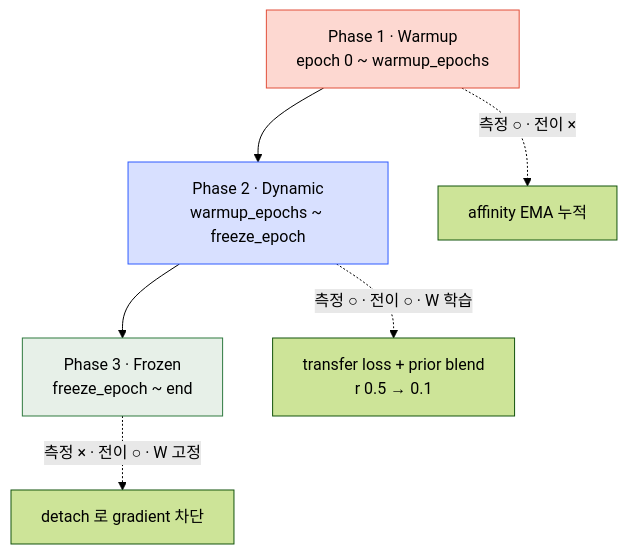
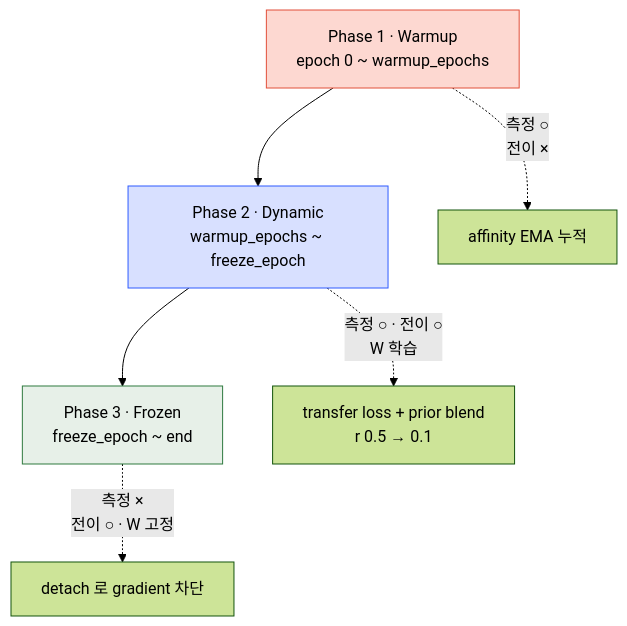
One commit to bluethestyle/bluethestyle.github.io changed the diagram in src/content/posts/2026-04-20-adatt-3-transfer-loss-group-prior-schedule-ko.md. Above: the diagram before and after it, drawn with Mermaid (forest theme). The commit also changed 1 other file, not shown here.

Commit message:
viz(adatt-3): fix mid-word wrap in 3-Phase edge labels
Edge labels like "측정 O · 전이 O · W 학습" auto-wrapped at random
positions ("학\n습", "고정"). Switch to pipe-syntax with quoted
<br/> so breaks land at natural punctuation boundaries.

````diff
--- a/src/content/posts/2026-04-20-adatt-3-transfer-loss-group-prior-schedule-ko.md
+++ b/src/content/posts/2026-04-20-adatt-3-transfer-loss-group-prior-schedule-ko.md
@@ -160,13 +160,13 @@
 ```mermaid
 flowchart TB
   p1[Phase 1 · Warmup<br/>epoch 0 ~ warmup_epochs]
   p2[Phase 2 · Dynamic<br/>warmup_epochs ~ freeze_epoch]
   p3[Phase 3 · Frozen<br/>freeze_epoch ~ end]
   p1 --> p2 --> p3
-  p1 -. 측정 ○ · 전이 × .-> op1[affinity EMA 누적]
-  p2 -. 측정 ○ · 전이 ○ · W 학습 .-> op2[transfer loss + prior blend<br/>r 0.5 → 0.1]
-  p3 -. 측정 × · 전이 ○ · W 고정 .-> op3[detach 로 gradient 차단]
+  p1 -.->|"측정 ○<br/>전이 ×"| op1[affinity EMA 누적]
+  p2 -.->|"측정 ○ · 전이 ○<br/>W 학습"| op2[transfer loss + prior blend<br/>r 0.5 → 0.1]
+  p3 -.->|"측정 ×<br/>전이 ○ · W 고정"| op3[detach 로 gradient 차단]
   style p1 fill:#FDD8D1,stroke:#E14F3A
   style p2 fill:#D8E0FF,stroke:#2E5BFF
   style p3 fill:#E7F0E8,stroke:#2F7A3F
 ```
````
